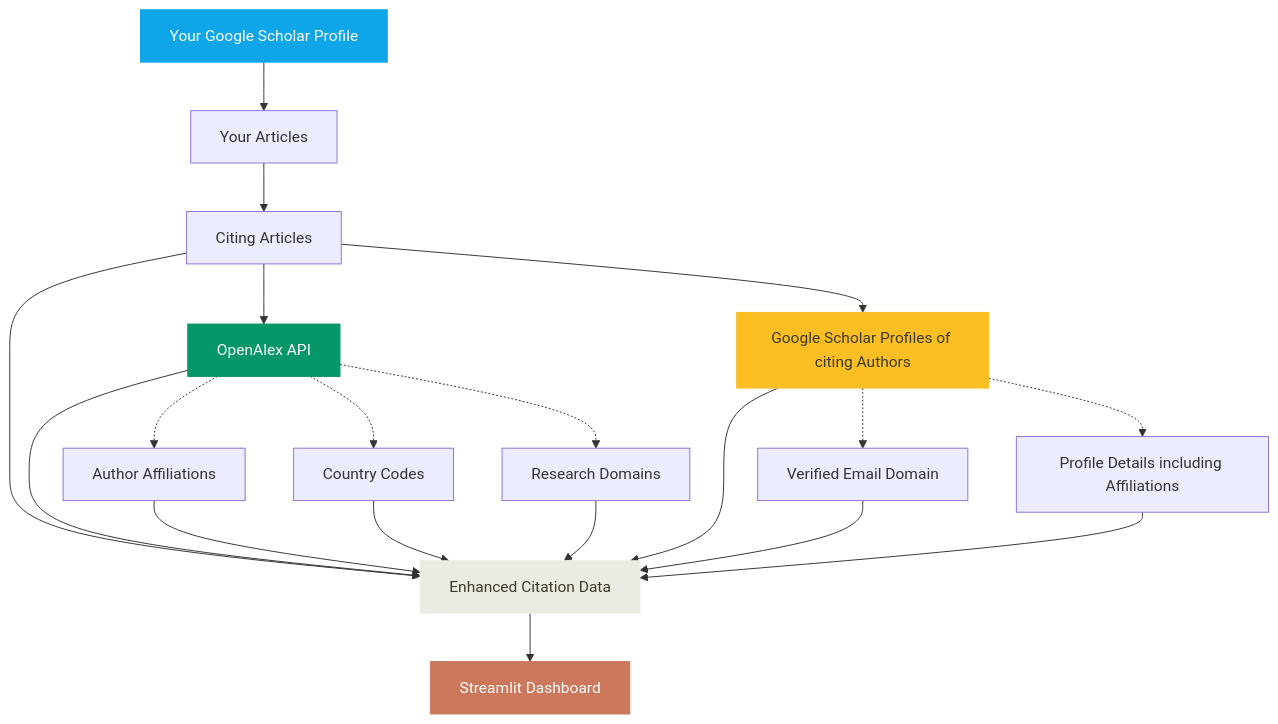
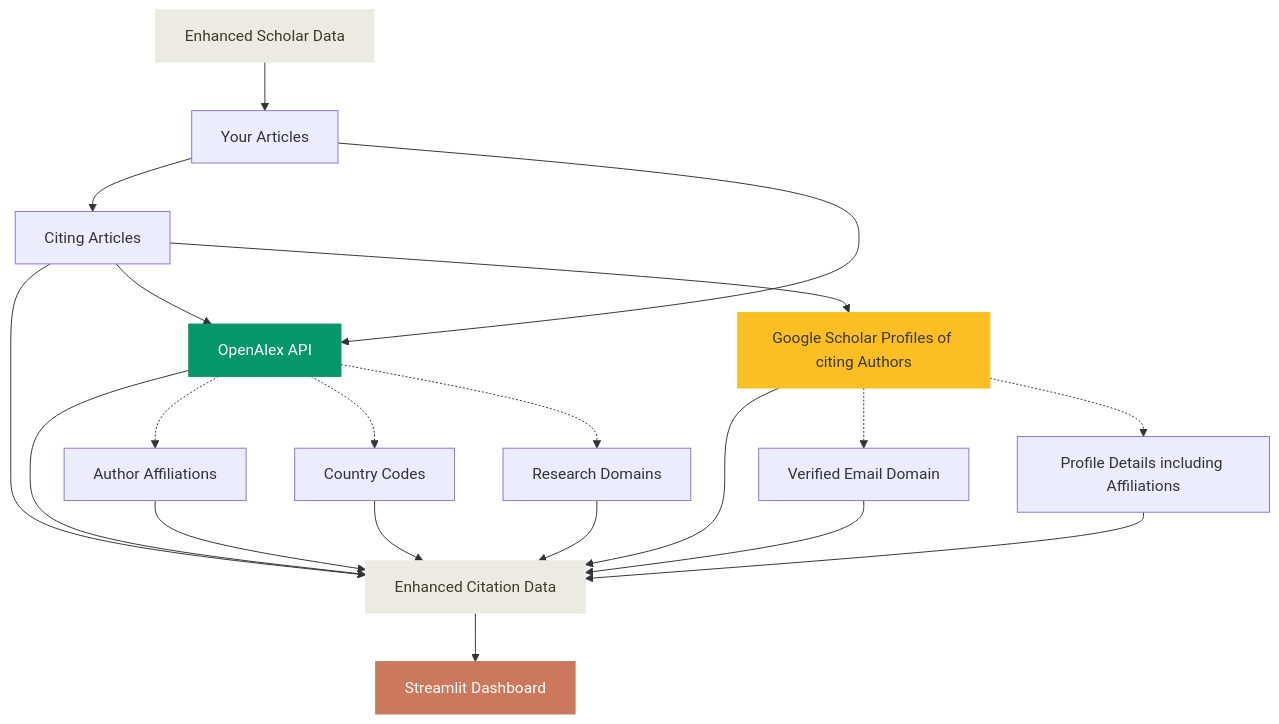
The second of 2 diagrams in README.md (abhishektiwari/scholarimpact), drawn with Mermaid before and after one commit. The commit also changed other lines of this file and 6 other files, not shown here.

````diff
--- a/README.md
+++ b/README.md
@@ -16,30 +30,31 @@
 ```mermaid
 flowchart TD
-    A[Your Google Scholar Profile] --> B[Your Articles]
+    A[Enhanced Scholar Data] --> B[Your Articles]
     B --> C[Citing Articles]
+    B --> F[OpenAlex API]
     C --> D[Enhanced Citation Data]
     D --> E[Streamlit Dashboard]
     
     C --> F[OpenAlex API]
     C --> G[Google Scholar Profiles of citing Authors]
     F --> D
     G --> D
     
     F -.-> H[Author Affiliations]
     F -.-> I[Country Codes]
     F -.-> J[Research Domains]
     G -.-> K[Verified Email Domain]
     G -.-> L[Profile Details including Affiliations]
     
     H --> D
     I --> D
     J --> D
     K --> D
     L --> D
     
-    style A fill:#0ea5e9,stroke:#0ea5e9,color:#ffffff
+    style A fill:#ecebe3,stroke:#ecebe3,color:#3d3a2a
     style E fill:#cb785c,stroke:#cb785c,color:#ffffff
     style F fill:#059669,stroke:#059669,color:#ffffff
     style G fill:#fbbf24,stroke:#fbbf24,color:#3d3a2a
     style D fill:#ecebe3,stroke:#ecebe3,color:#3d3a2a
 ```
````
